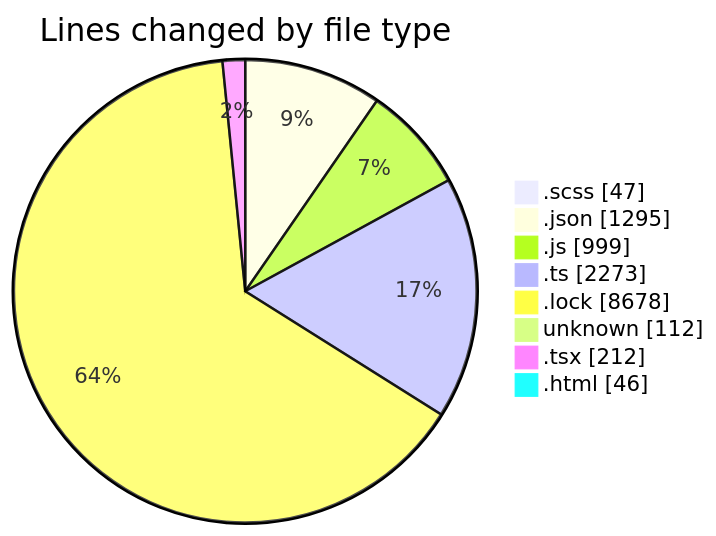
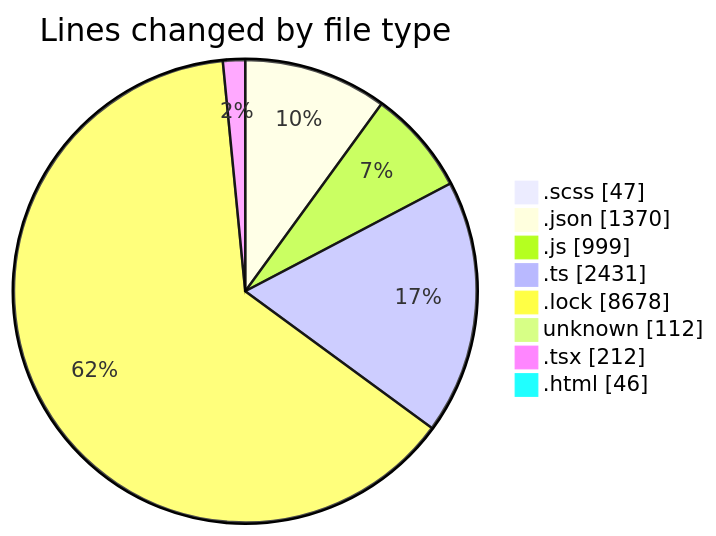
Before and after one commit to momahboobian/code-tracking: the first of 2 diagrams in 2026-04-21/cda/README.md, drawn with Mermaid. The commit also changed other lines of this file and 1 other file, not shown here.

````diff
--- a/2026-04-21/cda/README.md
+++ b/2026-04-21/cda/README.md
@@ -54,12 +54,12 @@
 ```mermaid
 pie showData
 title Lines changed by file type
 ".scss" : 47
-".json" : 1295
+".json" : 1370
 ".js" : 999
-".ts" : 2273
+".ts" : 2431
 ".lock" : 8678
 "unknown" : 112
 ".tsx" : 212
 ".html" : 46
 ```
````
